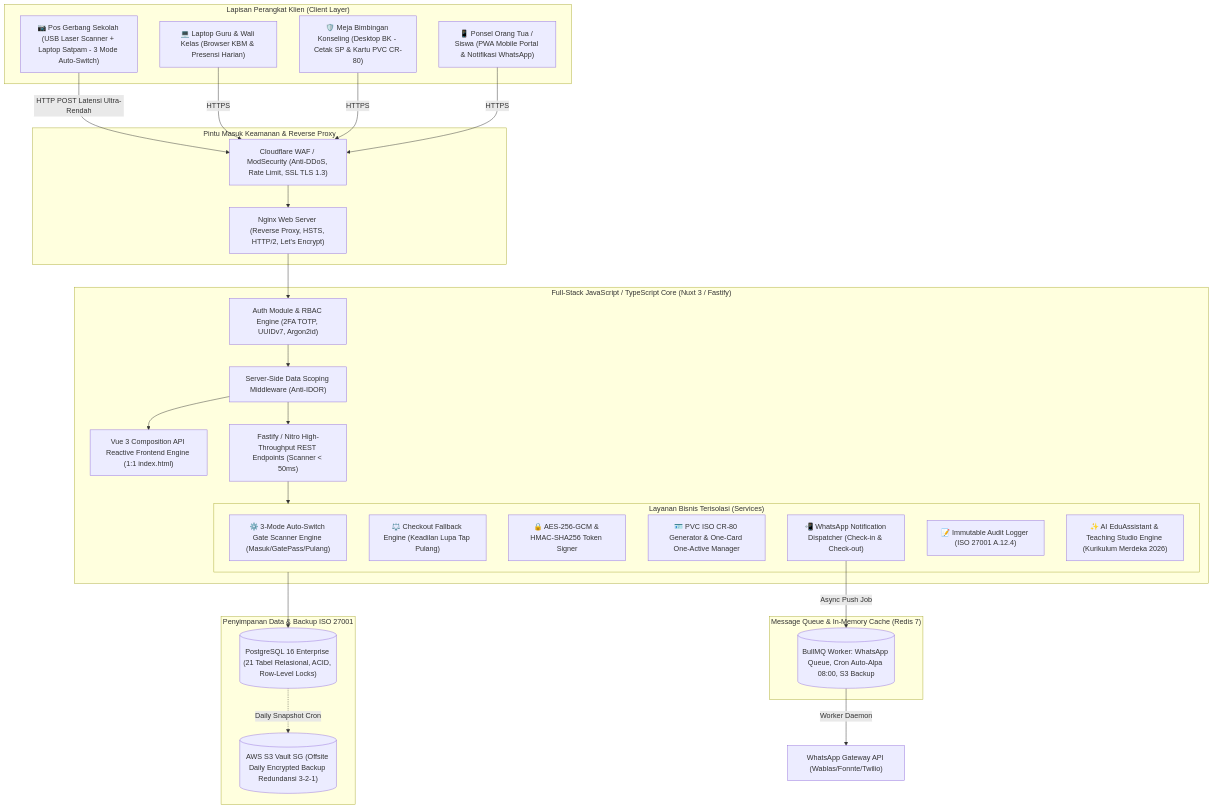
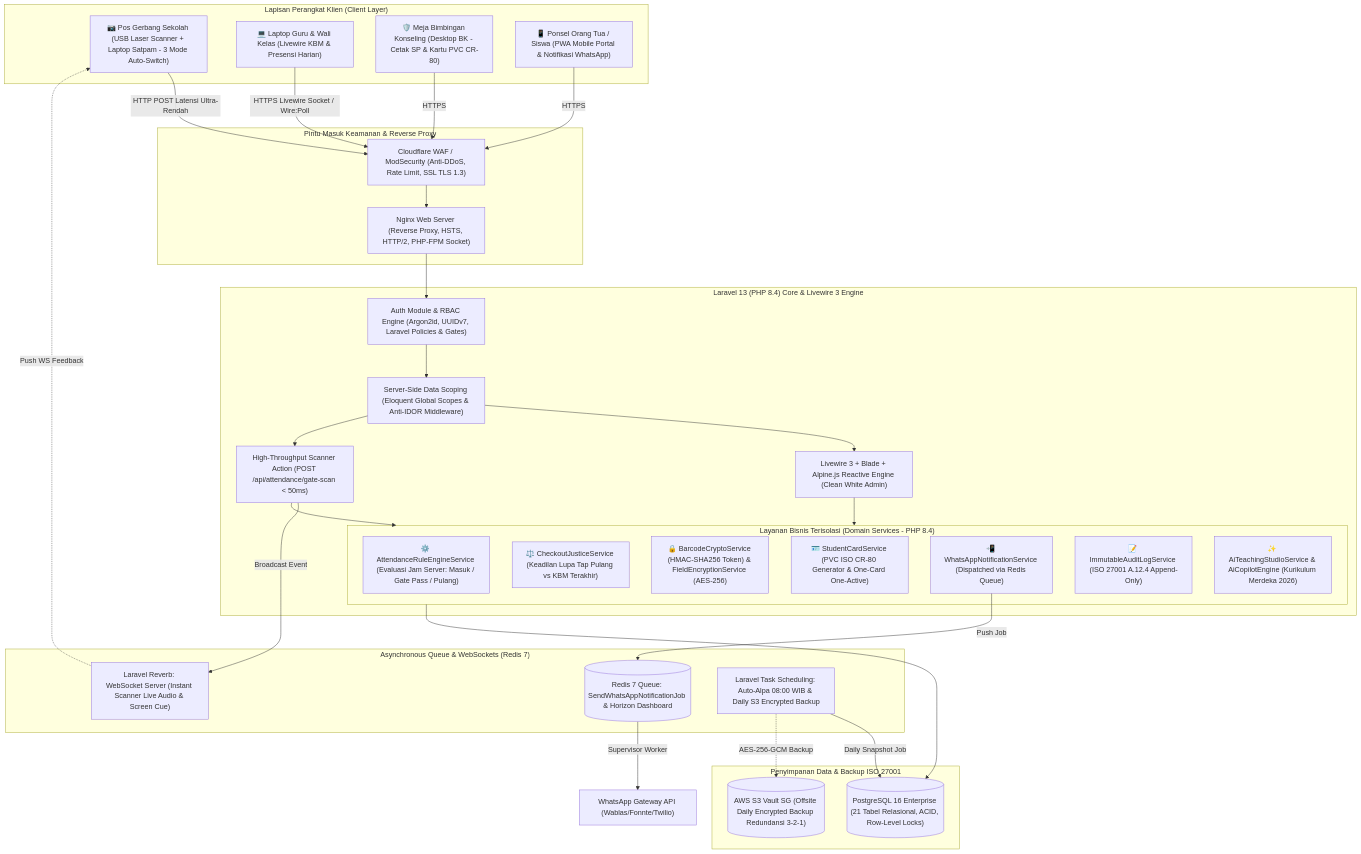
Before and after one commit to benny-abdullah/school_app: the diagram in plan/docs/03_ARSITEKTUR.md, drawn with Mermaid. The commit also changed other lines of this file and 16 other files, not shown here.

First line of the commit message:
feat: modernize UI to Enterprise Clean White HRD theme and update plan to Laravel 13

````diff
--- a/plan/docs/03_ARSITEKTUR.md
+++ b/plan/docs/03_ARSITEKTUR.md
@@ -16,57 +16,64 @@
 ```mermaid
 graph TD
     subgraph Clients ["Lapisan Perangkat Klien (Client Layer)"]
         POS["📷 Pos Gerbang Sekolah (USB Laser Scanner + Laptop Satpam - 3 Mode Auto-Switch)"]
-        TEACH["💻 Laptop Guru & Wali Kelas (Browser KBM & Presensi Harian)"]
+        TEACH["💻 Laptop Guru & Wali Kelas (Livewire KBM & Presensi Harian)"]
         BK["🛡️ Meja Bimbingan Konseling (Desktop BK - Cetak SP & Kartu PVC CR-80)"]
         ORTU["📱 Ponsel Orang Tua / Siswa (PWA Mobile Portal & Notifikasi WhatsApp)"]
     end
 
     subgraph Security_Gateway ["Pintu Masuk Keamanan & Reverse Proxy"]
         WAF["Cloudflare WAF / ModSecurity (Anti-DDoS, Rate Limit, SSL TLS 1.3)"]
-        NGX["Nginx Web Server (Reverse Proxy, HSTS, HTTP/2, Let's Encrypt)"]
+        NGX["Nginx Web Server (Reverse Proxy, HSTS, HTTP/2, PHP-FPM Socket)"]
     end
 
-    subgraph Application_Core ["Full-Stack JavaScript / TypeScript Core (Nuxt 3 / Fastify)"]
-        AUTH["Auth Module & RBAC Engine (2FA TOTP, UUIDv7, Argon2id)"]
-        SCOPE["Server-Side Data Scoping Middleware (Anti-IDOR)"]
-        VUE["Vue 3 Composition API Reactive Frontend Engine (1:1 index.html)"]
-        API["Fastify / Nitro High-Throughput REST Endpoints (Scanner < 50ms)"]
+    subgraph Application_Core ["Laravel 13 (PHP 8.4) Core & Livewire 3 Engine"]
+        AUTH["Auth Module & RBAC Engine (Argon2id, UUIDv7, Laravel Policies & Gates)"]
+        SCOPE["Server-Side Data Scoping (Eloquent Global Scopes & Anti-IDOR Middleware)"]
+        LIVEWIRE["Livewire 3 + Blade + Alpine.js Reactive Engine (Clean White Admin)"]
+        API["High-Throughput Scanner Action (POST /api/attendance/gate-scan < 50ms)"]
         
-        subgraph Business_Services ["Layanan Bisnis Terisolasi (Services)"]
-        RULE["⚙️ 3-Mode Auto-Switch Gate Scanner Engine (Masuk/GatePass/Pulang)"]
-        JUSTICE["⚖️ Checkout Fallback Engine (Keadilan Lupa Tap Pulang)"]
-        CRYPTO["🔒 AES-256-GCM & HMAC-SHA256 Token Signer"]
-        CARD["🪪 PVC ISO CR-80 Generator & One-Card One-Active Manager"]
-        NOTIF["📲 WhatsApp Notification Dispatcher (Check-in & Check-out)"]
-        AUDIT["📝 Immutable Audit Logger (ISO 27001 A.12.4)"]
-        AI_ENGINE["✨ AI EduAssistant & Teaching Studio Engine (Kurikulum Merdeka 2026)"]
+        subgraph Business_Services ["Layanan Bisnis Terisolasi (Domain Services - PHP 8.4)"]
+            RULE["⚙️ AttendanceRuleEngineService (Evaluasi Jam Server: Masuk / Gate Pass / Pulang)"]
+            JUSTICE["⚖️ CheckoutJusticeService (Keadilan Lupa Tap Pulang vs KBM Terakhir)"]
+            CRYPTO["🔒 BarcodeCryptoService (HMAC-SHA256 Token) & FieldEncryptionService (AES-256)"]
+            CARD["🪪 StudentCardService (PVC ISO CR-80 Generator & One-Card One-Active)"]
+            NOTIF["📲 WhatsAppNotificationService (Dispatched via Redis Queue)"]
+            AUDIT["📝 ImmutableAuditLogService (ISO 27001 A.12.4 Append-Only)"]
+            AI_ENGINE["✨ AiTeachingStudioService & AiCopilotEngine (Kurikulum Merdeka 2026)"]
         end
     end
 
-    subgraph Async_Queue ["Message Queue & In-Memory Cache (Redis 7)"]
-        BULLMQ[("BullMQ Worker: WhatsApp Queue, Cron Auto-Alpa 08:00, S3 Backup")]
+    subgraph Async_Queue_Realtime ["Asynchronous Queue & WebSockets (Redis 7)"]
+        REDIS_QUEUE[("Redis 7 Queue: SendWhatsAppNotificationJob & Horizon Dashboard")]
+        REVERB["Laravel Reverb: WebSocket Server (Instant Scanner Live Audio & Screen Cue)"]
+        CRON["Laravel Task Scheduling: Auto-Alpa 08:00 WIB & Daily S3 Encrypted Backup"]
     end
 
     subgraph Data_Persistence ["Penyimpanan Data & Backup ISO 27001"]
         PG[("PostgreSQL 16 Enterprise (21 Tabel Relasional, ACID, Row-Level Locks)")]
         S3[("AWS S3 Vault SG (Offsite Daily Encrypted Backup Redundansi 3-2-1)")]
     end
 
     POS -->|HTTP POST Latensi Ultra-Rendah| WAF
-    TEACH -->|HTTPS| WAF
+    TEACH -->|HTTPS Livewire Socket / Wire:Poll| WAF
     BK -->|HTTPS| WAF
     ORTU -->|HTTPS| WAF
 
     WAF --> NGX
     NGX --> AUTH
     AUTH --> SCOPE
-    SCOPE --> VUE & API
+    SCOPE --> LIVEWIRE & API
     API --> Business_Services
+    LIVEWIRE --> Business_Services
     
-    NOTIF -->|Async Push Job| BULLMQ
-    BULLMQ -->|Worker Daemon| WABOT["WhatsApp Gateway API (Wablas/Fonnte/Twilio)"]
+    API -->|Broadcast Event| REVERB
+    REVERB -.->|Push WS Feedback| POS
+    
+    NOTIF -->|Push Job| REDIS_QUEUE
+    REDIS_QUEUE -->|Supervisor Worker| WABOT["WhatsApp Gateway API (Wablas/Fonnte/Twilio)"]
     
     Business_Services --> PG
-    PG -.->|Daily Snapshot Cron| S3
+    CRON -->|Daily Snapshot Job| PG
+    CRON -.->|AES-256-GCM Backup| S3
 ```
````
